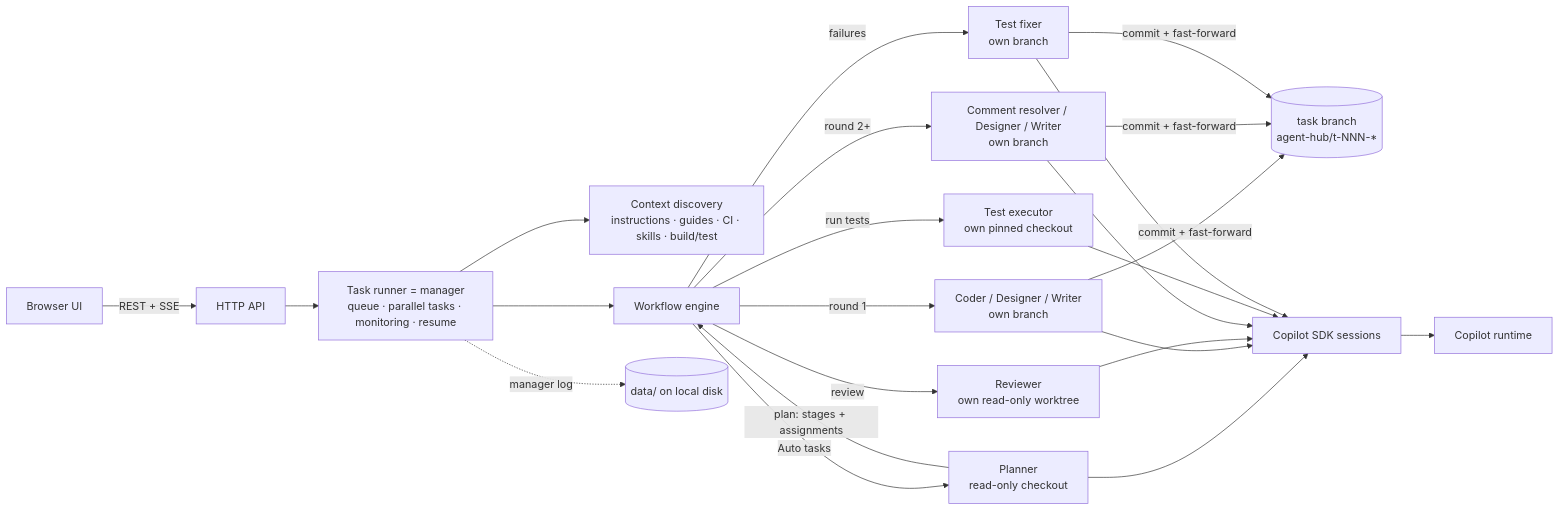
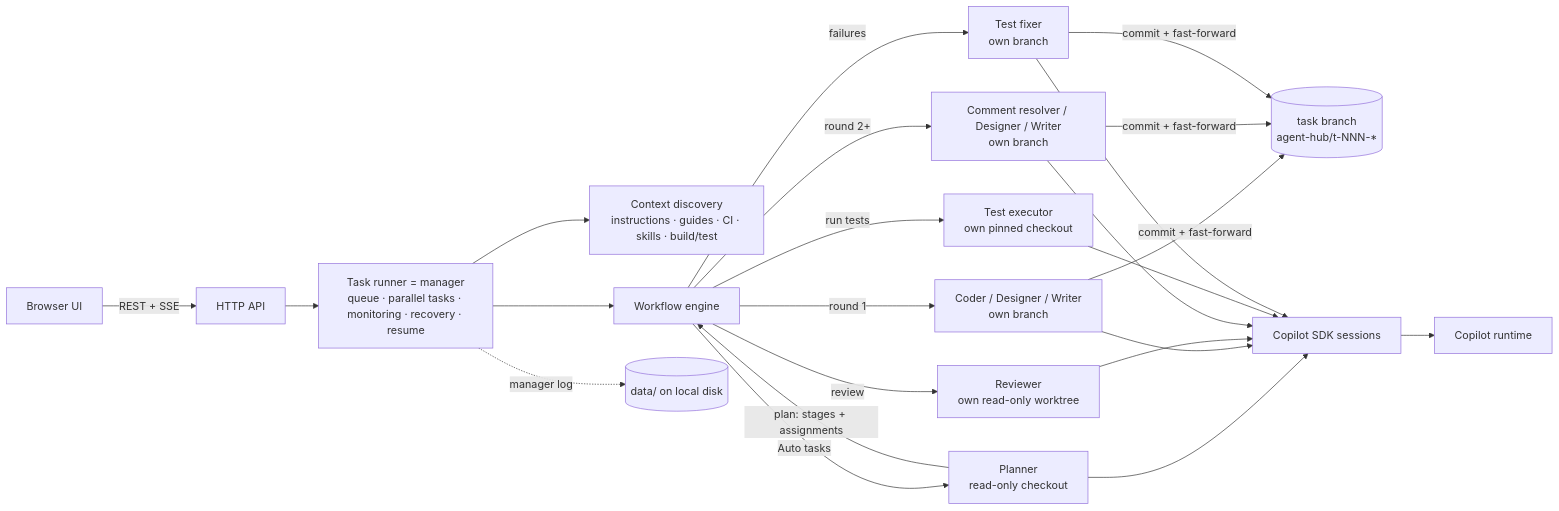
Before and after one commit to bingyuyin/WindowsVMAgent: the diagram in agent-hub/README.md, drawn with Mermaid. The commit also changed other lines of this file and 29 other files, not shown here.

````diff
--- a/agent-hub/README.md
+++ b/agent-hub/README.md
@@ -56,17 +58,17 @@
 ```mermaid
 flowchart LR
   UI[Browser UI] -- REST + SSE --> API[HTTP API]
-  API --> Runner[Task runner = manager<br/>queue · parallel tasks · monitoring · resume]
+  API --> Runner[Task runner = manager<br/>queue · parallel tasks · monitoring · recovery · resume]
   Runner --> Ctx[Context discovery<br/>instructions · guides · CI · skills · build/test]
   Runner --> Engine[Workflow engine]
   Engine -- Auto tasks --> P[Planner<br/>read-only checkout]
   P -- plan: stages + assignments --> Engine
   Engine -- round 1 --> C[Coder / Designer / Writer<br/>own branch]
   Engine -- review --> R[Reviewer<br/>own read-only worktree]
   Engine -- round 2+ --> F[Comment resolver / Designer / Writer<br/>own branch]
   Engine -- run tests --> X[Test executor<br/>own pinned checkout]
   Engine -- failures --> TF[Test fixer<br/>own branch]
   C & F & TF -- commit + fast-forward --> TB[(task branch<br/>agent-hub/t-NNN-*)]
   P & C & R & F & X & TF --> SDK[Copilot SDK sessions] --> RT[Copilot runtime]
   Runner -. manager log .-> Disk[(data/ on local disk)]
 ```
````
